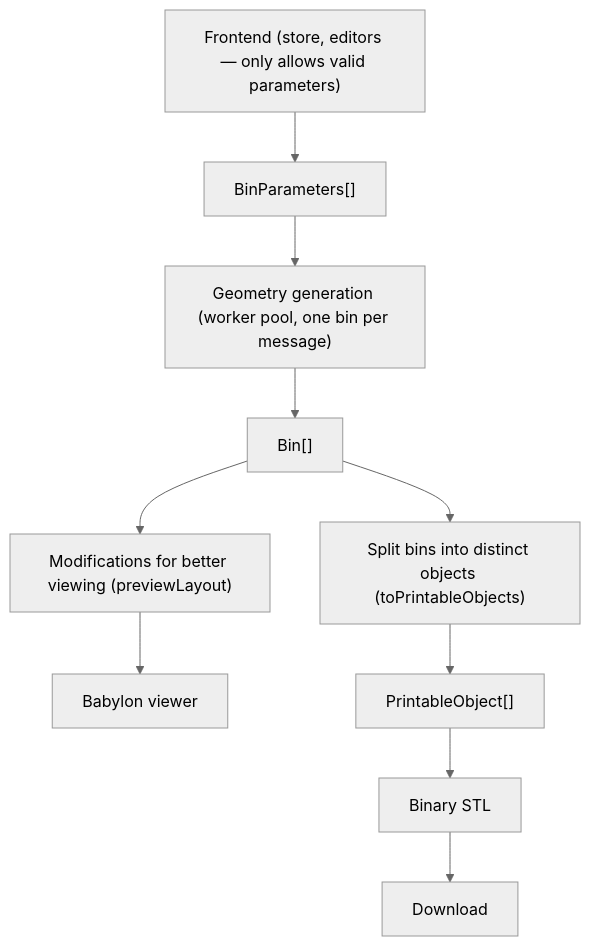
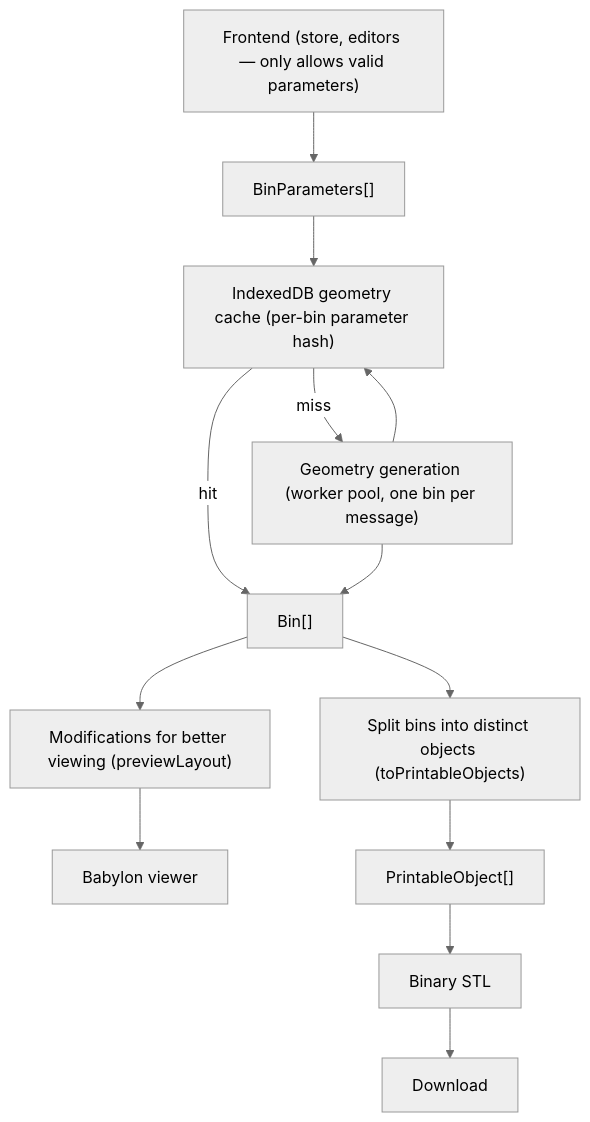
One commit to ashton22305/gridfinity-expanded changed the diagram in docs/geometry-pipeline.md. Above: the diagram before and after it, drawn with Mermaid (neutral theme). The commit also changed other lines of this file and 4 other files, not shown here.

First line of the commit message:
Cache generated geometry in IndexedDB (#63)

````diff
--- a/docs/geometry-pipeline.md
+++ b/docs/geometry-pipeline.md
@@ -7,12 +7,15 @@
 ```mermaid
 flowchart TB
   Frontend["Frontend (store, editors — only allows valid parameters)"] --> Params["BinParameters[]"]
-  Params --> Generation["Geometry generation (worker pool, one bin per message)"]
+  Params --> Cache["IndexedDB geometry cache (per-bin parameter hash)"]
+  Cache -->|miss| Generation["Geometry generation (worker pool, one bin per message)"]
+  Generation --> Cache
+  Cache -->|hit| Bins["Bin[]"]
   Generation --> Bins["Bin[]"]
   Bins --> Layout["Modifications for better viewing (previewLayout)"]
   Layout --> Viewer["Babylon viewer"]
   Bins --> Split["Split bins into distinct objects (toPrintableObjects)"]
   Split --> Printable["PrintableObject[]"]
   Printable --> STL["Binary STL"]
   STL --> Export["Download"]
 ```
````
